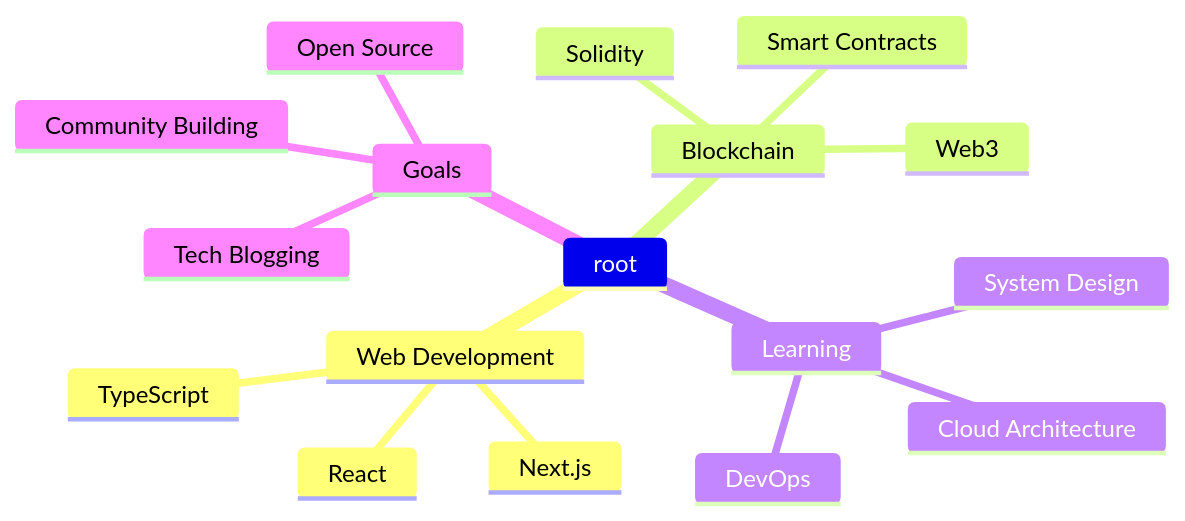
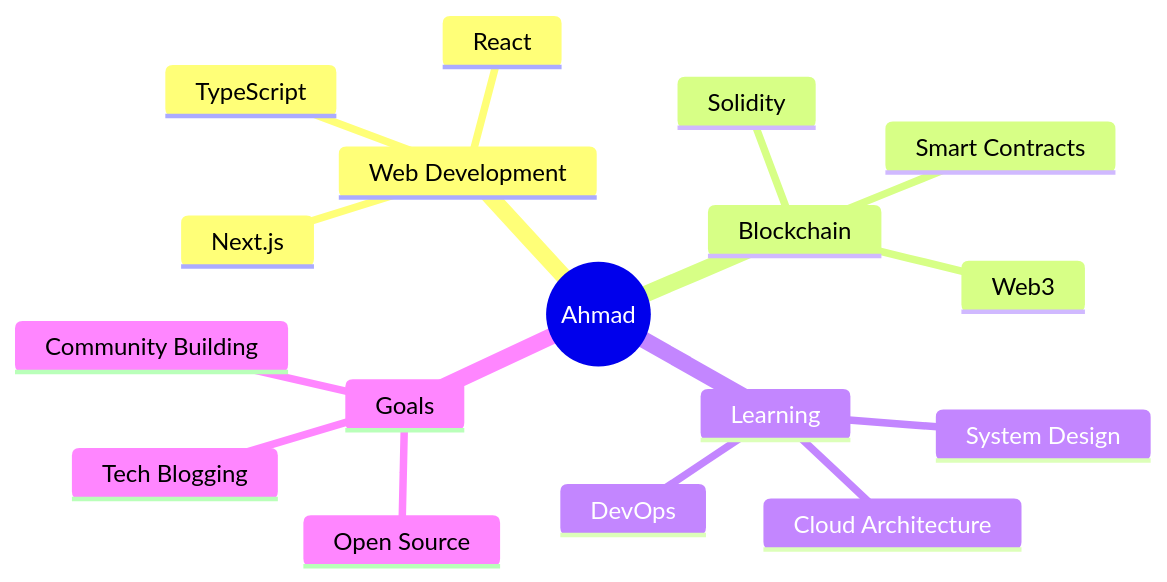
The diagram in README.md (ahmadparizaad/ahmadparizaad), drawn with Mermaid before and after one commit. The commit also changed other lines of this file, not shown here.

````diff
--- a/README.md
+++ b/README.md
@@ -102,20 +182,20 @@
 ```mermaid
 mindmap
-  root
+  root((Ahmad))
     Web Development
       Next.js
       React
       TypeScript
     Blockchain
       Solidity
       Smart Contracts
       Web3
     Learning
       System Design
       Cloud Architecture
       DevOps
     Goals
       Open Source
       Tech Blogging
       Community Building
 ```
````
